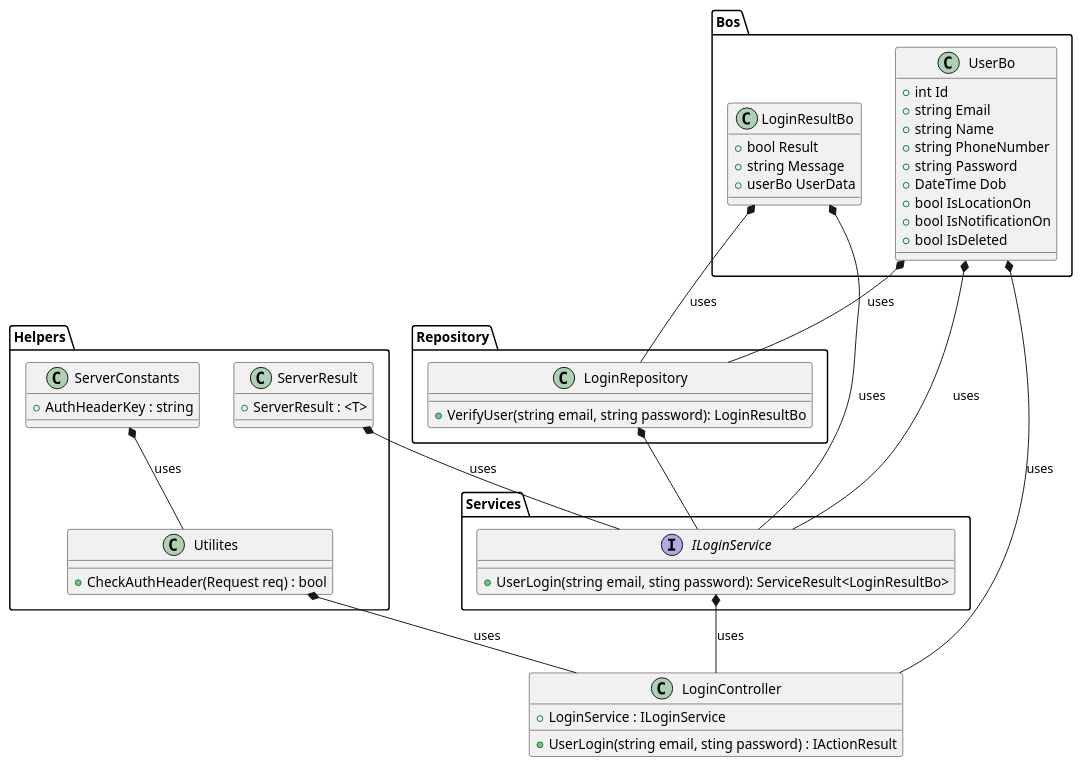
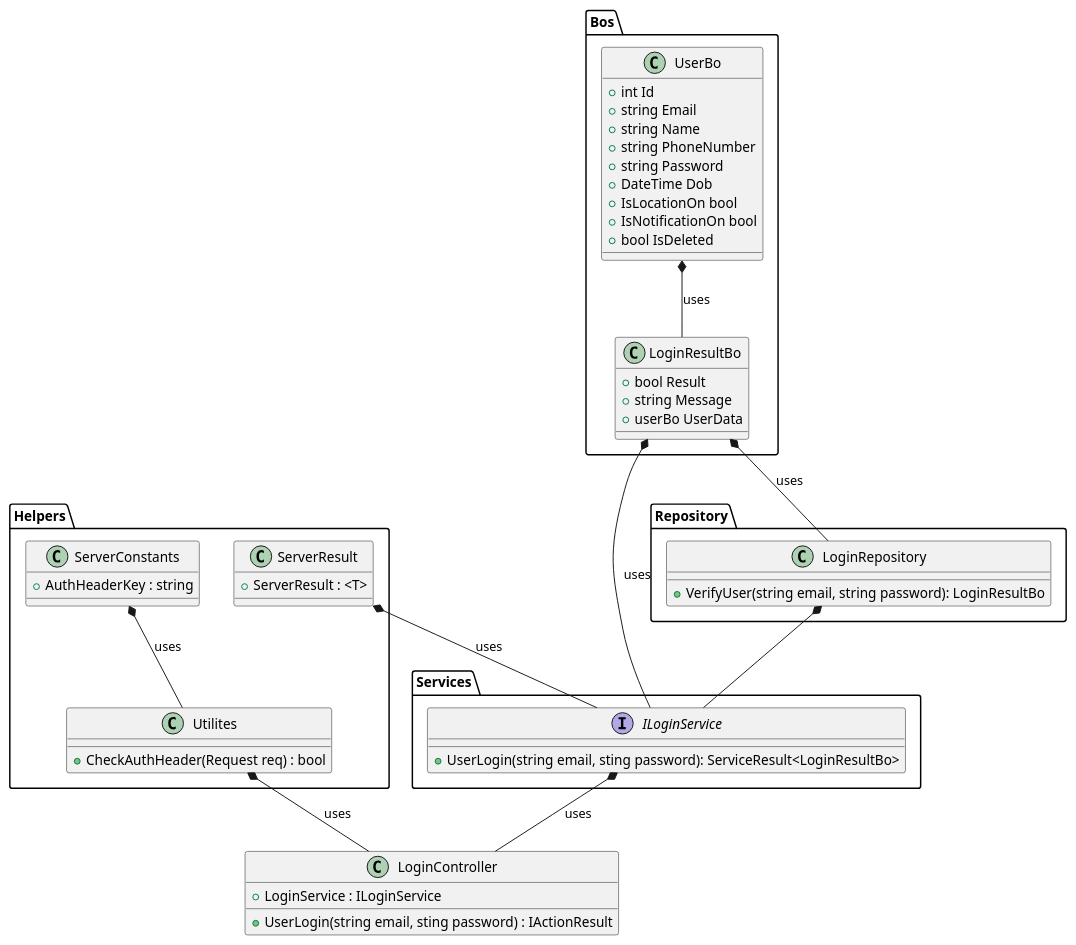
The diagram in Restaurant_Web_Api/Controllers/Login/Design/ClassDiagram.puml (nainamuhammed/foodie-service), drawn with PlantUML before and after one commit. The commit also changed 1 other file, not shown here.

Commit message:
made changes in login and update class diagram

```diff
--- a/Restaurant_Web_Api/Controllers/Login/Design/ClassDiagram.puml
+++ b/Restaurant_Web_Api/Controllers/Login/Design/ClassDiagram.puml
@@ -1,71 +1,70 @@
 @startuml
 
 class LoginController {
     + LoginService : ILoginService
     + UserLogin(string email, sting password) : IActionResult
     
 } 
 
 package Helpers {
     Class Utilites {
         + CheckAuthHeader(Request req) : bool
     }
 
     Class ServerConstants {
         + AuthHeaderKey : string
     }
 
     Class ServerResult {
         + ServerResult : <T>
     }
 }
 
 package "Services" {
     interface ILoginService {
         + UserLogin(string email, sting password): ServiceResult<LoginResultBo>
         
     }
 }
 
 package "Repository" {
     class LoginRepository {
     
         + VerifyUser(string email, string password): LoginResultBo
         
     }
 }
 
 package Bos{
-        class UserBo {
+
+    class LoginResultBo{
+        + bool Result
+        + string Message
+        + userBo UserData
+    }
+
+    class UserBo {
         + int Id
         + string Email
         + string Name
         + string PhoneNumber
         + string Password
         + DateTime Dob
-        + bool IsLocationOn
-        + bool IsNotificationOn
+        + IsLocationOn bool
+        + IsNotificationOn bool
         + bool IsDeleted
-    }
-
-    class LoginResultBo{
-        + bool Result
-        + string Message
-        + userBo UserData
     }
 }
 
-UserBo *-- LoginController : uses
-UserBo *-- LoginRepository : uses
-UserBo *-- ILoginService : uses
 ILoginService *-- LoginController : uses
+UserBo *-- LoginResultBo : uses
 ServerResult *-- ILoginService : uses
 Utilites *-- LoginController : uses
 ServerConstants *-- Utilites : uses
 LoginRepository *-- ILoginService
 LoginResultBo *-- LoginRepository : uses
 LoginResultBo *-- ILoginService : uses
 
 
 
 @enduml
```
